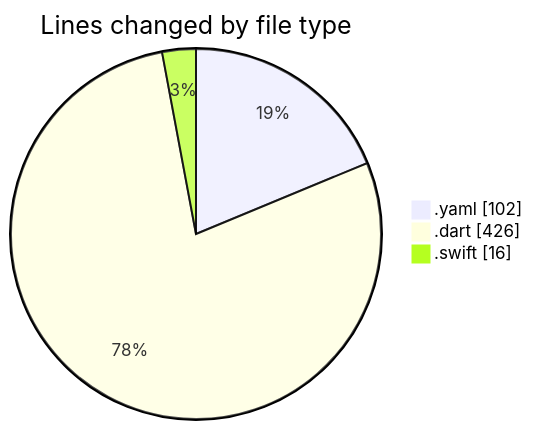
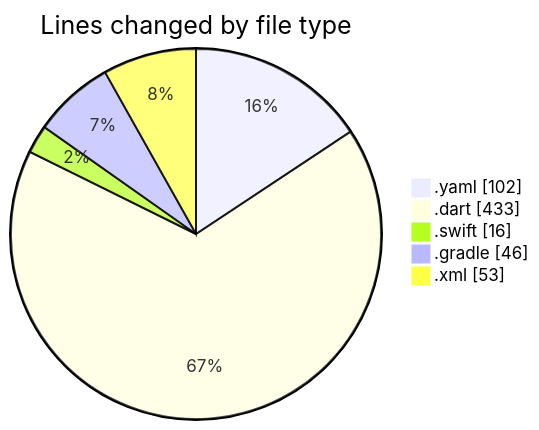
Before and after one commit to donsfak/code-tracking: the first of 2 diagrams in 2025-02-04/maps_clone/README.md, drawn with Mermaid. The commit also changed other lines of this file and 1 other file, not shown here.

````diff
--- a/2025-02-04/maps_clone/README.md
+++ b/2025-02-04/maps_clone/README.md
@@ -23,7 +25,9 @@
 ```mermaid
 pie showData
 title Lines changed by file type
 ".yaml" : 102
-".dart" : 426
+".dart" : 433
 ".swift" : 16
+".gradle" : 46
+".xml" : 53
 ```
````
